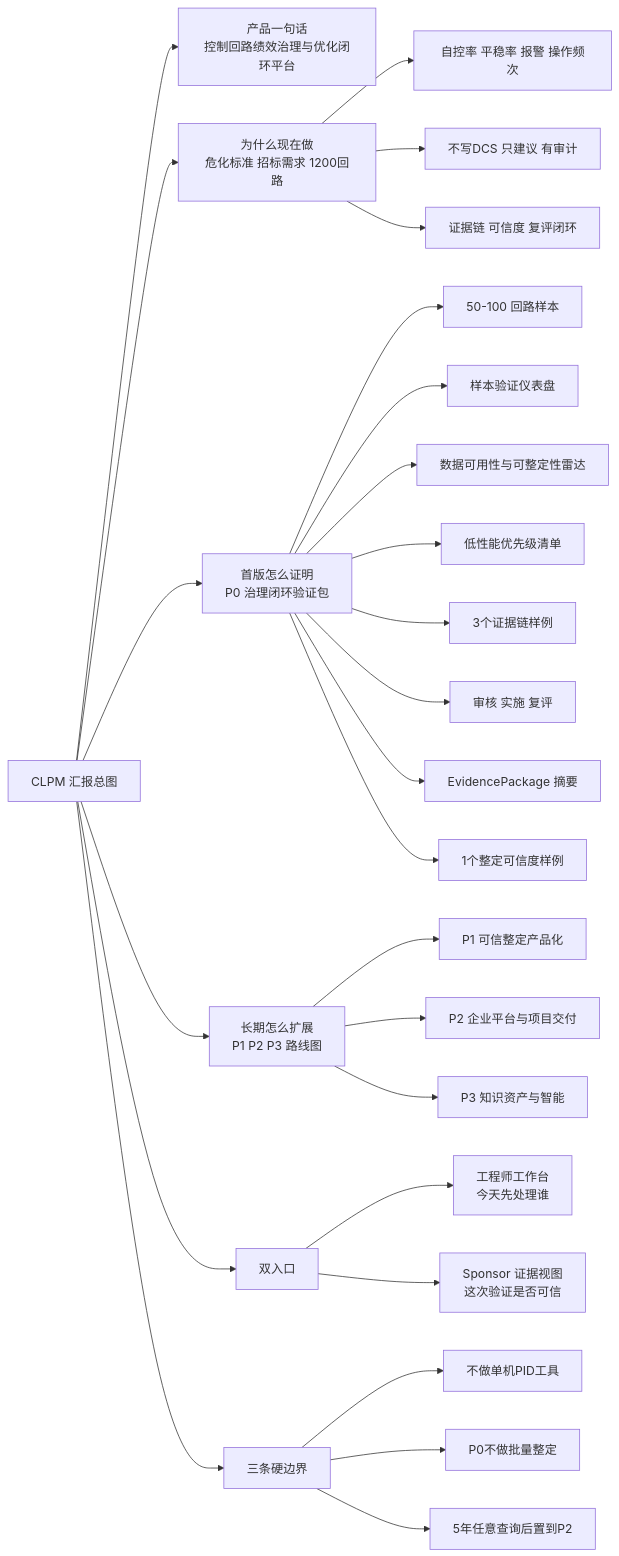
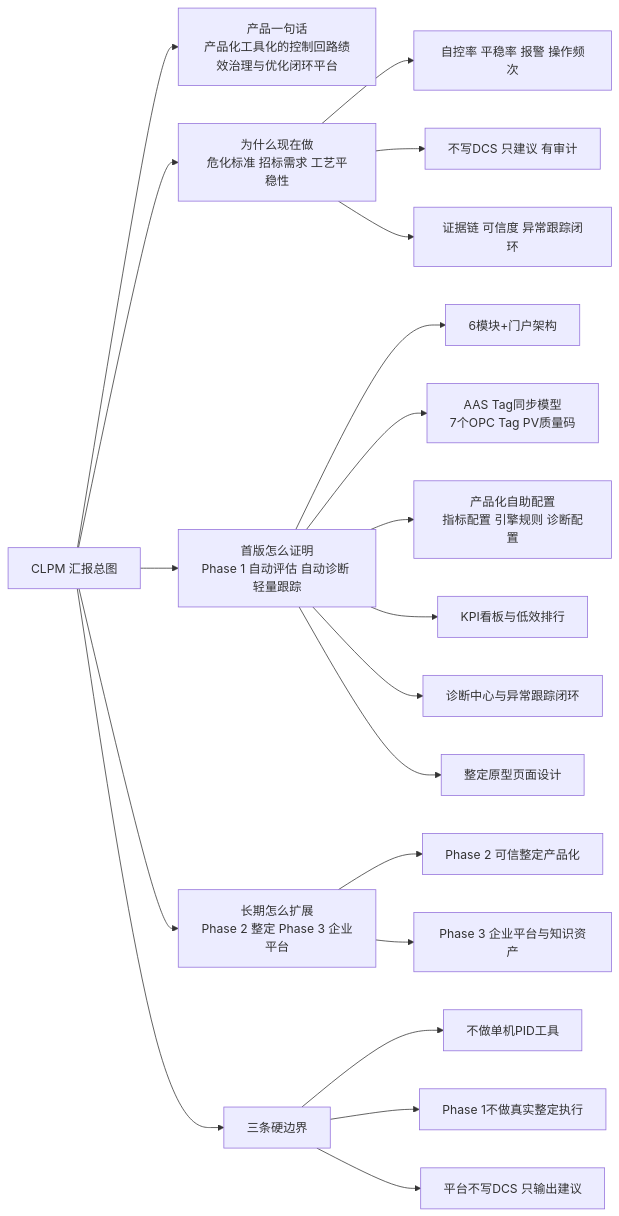
One commit to hlszp/CLPM-MVP changed the diagram in diagrams/clpm-exec-summary.mmd. Above: the diagram before and after it, drawn with Mermaid. The commit also changed 33 other files, not shown here.

First line of the commit message:
docs: redraw architecture diagrams to v3.0/v4.0 baseline

```diff
--- a/diagrams/clpm-exec-summary.mmd
+++ b/diagrams/clpm-exec-summary.mmd
@@ -1,33 +1,27 @@
+%% CLPM 汇报总图（对齐 v3.0/v4.0 基线，2026-06-21）
 graph LR
     A[CLPM 汇报总图]
 
-    A --> B[产品一句话\n控制回路绩效治理与优化闭环平台]
-    A --> C[为什么现在做\n危化标准 招标需求 1200回路]
-    A --> D[首版怎么证明\nP0 治理闭环验证包]
-    A --> E[长期怎么扩展\nP1 P2 P3 路线图]
+    A --> B[产品一句话\n产品化工具化的控制回路绩效治理与优化闭环平台]
+    A --> C[为什么现在做\n危化标准 招标需求 工艺平稳性]
+    A --> D[首版怎么证明\nPhase 1 自动评估 自动诊断 轻量跟踪]
+    A --> E[长期怎么扩展\nPhase 2 整定 Phase 3 企业平台]
 
-    D --> D1[50-100 回路样本]
-    D --> D2[样本验证仪表盘]
-    D --> D3[数据可用性与可整定性雷达]
-    D --> D4[低性能优先级清单]
-    D --> D5[3个证据链样例]
-    D --> D6[审核 实施 复评]
-    D --> D7[EvidencePackage 摘要]
-    D --> D8[1个整定可信度样例]
+    D --> D1[6模块+门户架构]
+    D --> D2[AAS Tag同步模型\n7个OPC Tag PV质量码]
+    D --> D3[产品化自助配置\n指标配置 引擎规则 诊断配置]
+    D --> D4[KPI看板与低效排行]
+    D --> D5[诊断中心与异常跟踪闭环]
+    D --> D6[整定原型页面设计]
 
-    E --> E1[P1 可信整定产品化]
-    E --> E2[P2 企业平台与项目交付]
-    E --> E3[P3 知识资产与智能]
+    E --> E1[Phase 2 可信整定产品化]
+    E --> E2[Phase 3 企业平台与知识资产]
 
     C --> C1[自控率 平稳率 报警 操作频次]
     C --> C2[不写DCS 只建议 有审计]
-    C --> C3[证据链 可信度 复评闭环]
+    C --> C3[证据链 可信度 异常跟踪闭环]
 
-    A --> F[双入口]
-    F --> F1[工程师工作台\n今天先处理谁]
-    F --> F2[Sponsor 证据视图\n这次验证是否可信]
-
-    A --> G[三条硬边界]
-    G --> G1[不做单机PID工具]
-    G --> G2[P0不做批量整定]
-    G --> G3[5年任意查询后置到P2]
+    A --> F[三条硬边界]
+    F --> F1[不做单机PID工具]
+    F --> F2[Phase 1不做真实整定执行]
+    F --> F3[平台不写DCS 只输出建议]
```
